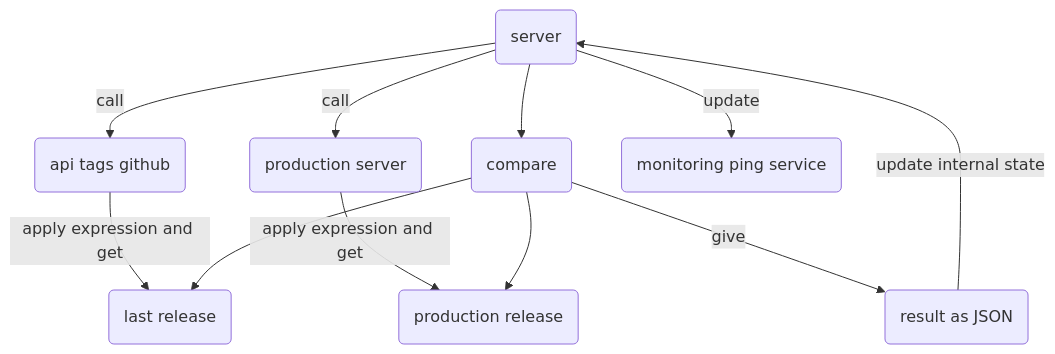
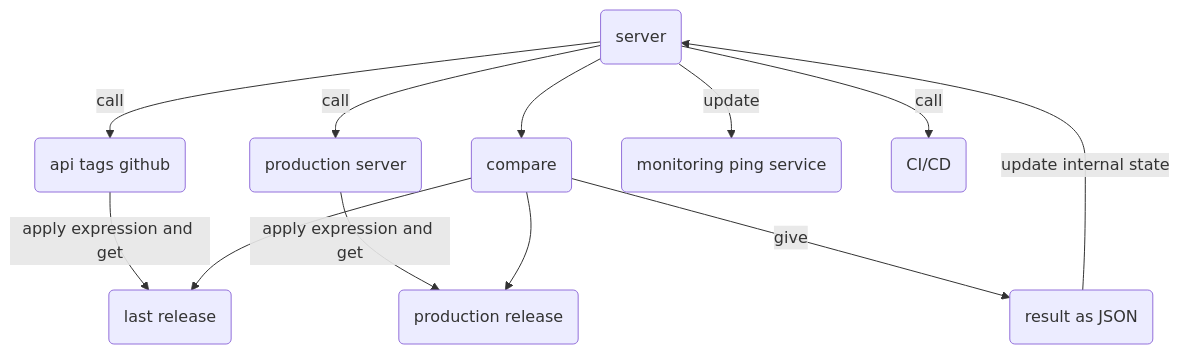
One commit to dhenry123/utdon changed the diagram in README-fr.md. Above: the diagram before and after it, drawn with Mermaid. The commit also changed other lines of this file and 121 other files, not shown here.

````diff
--- a/README-fr.md
+++ b/README-fr.md
@@ -50,22 +52,24 @@
 ```mermaid
 graph TD
 ag(api tags github)
 
 s(server)
 ps(production server)
 pr(production release)
 lr(last release)
 cp(compare)
 res(result as JSON)
 mps(monitoring ping service)
+cicd(CI/CD)
 s-->|call|ag
 ag-->|apply expression and get|lr
 s-->|call|ps
 ps-->|apply expression and get|pr
 cp-->lr
 cp-->pr
 s-->cp
 cp-->|give|res
 res-->|update internal state|s
 s-->|update|mps
+s-->|call|cicd
 ```
````
